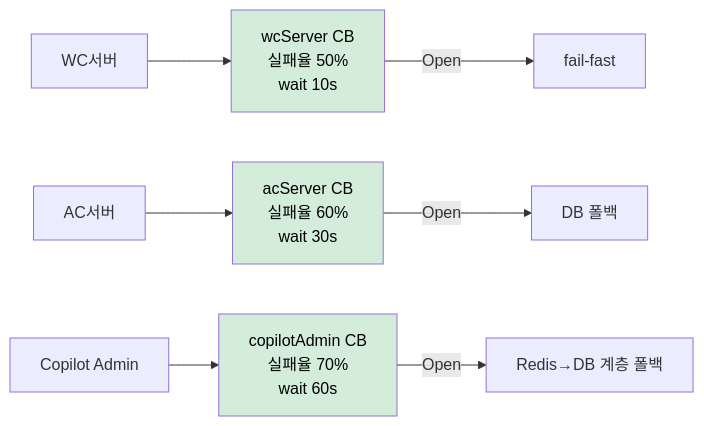
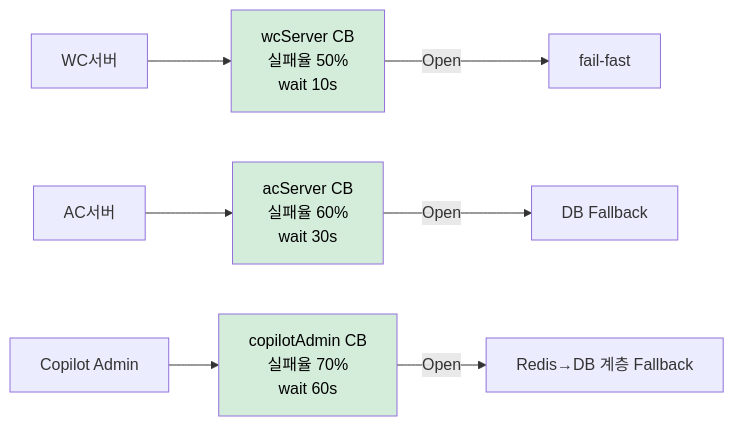
Before and after one commit to sujinnkim/A_Personal: the third of 4 diagrams in docs/04-architecture-analysis/3.2-problem-analysis-and-strategy/AS-09-외부서버장애차단및계층복구.md, drawn with Mermaid. The commit also changed other lines of this file and 47 other files, not shown here.

````diff
--- a/docs/04-architecture-analysis/3.2-problem-analysis-and-strategy/AS-09-외부서버장애차단및계층복구.md
+++ b/docs/04-architecture-analysis/3.2-problem-analysis-and-strategy/AS-09-외부서버장애차단및계층복구.md
@@ -95,12 +95,12 @@
 ```mermaid
 flowchart LR
     WC["WC서버"] --> WCB["wcServer CB\n실패율 50%\nwait 10s"]
     AC["AC서버"] --> ACB["acServer CB\n실패율 60%\nwait 30s"]
     CP["Copilot Admin"] --> CPB["copilotAdmin CB\n실패율 70%\nwait 60s"]
     WCB -->|"Open"| WF["fail-fast"]
-    ACB -->|"Open"| AF["DB 폴백"]
-    CPB -->|"Open"| CF["Redis→DB 계층 폴백"]
+    ACB -->|"Open"| AF["DB Fallback"]
+    CPB -->|"Open"| CF["Redis→DB 계층 Fallback"]
     style WCB fill:#d4edda,color:#000
     style ACB fill:#d4edda,color:#000
     style CPB fill:#d4edda,color:#000
 ```
````
